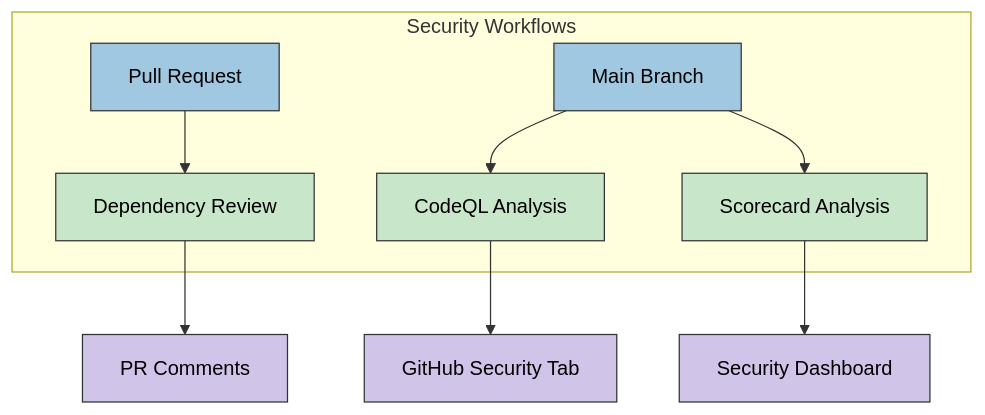
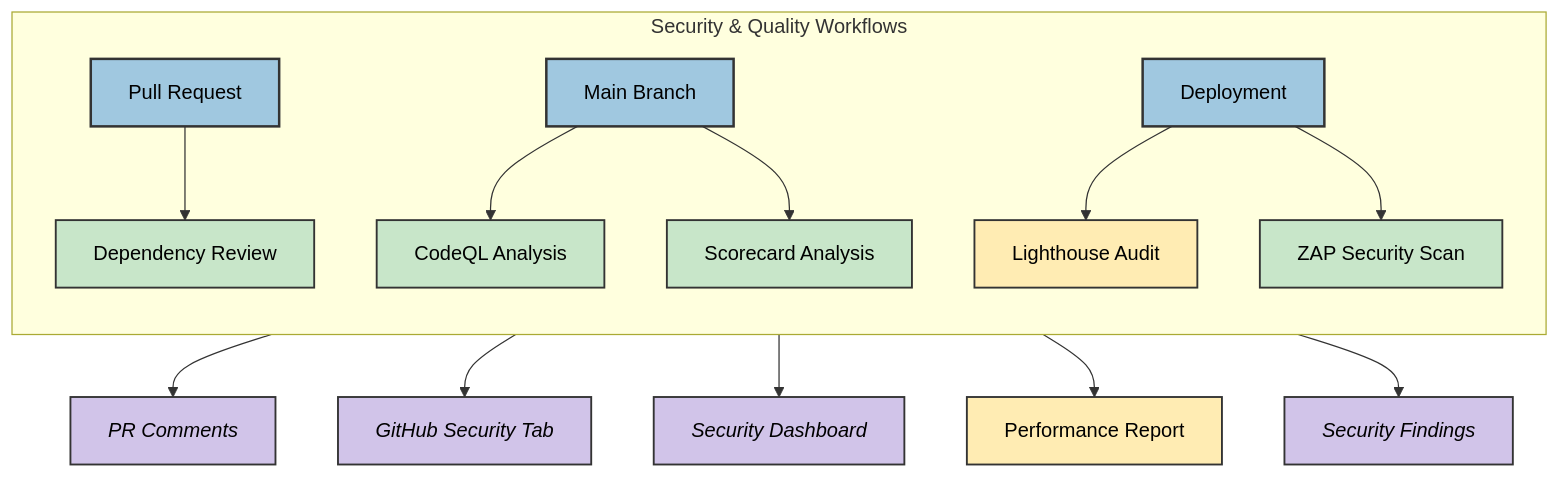
Before and after one commit to Hack23/cia-compliance-manager: the fifth of 6 diagrams in docs/architecture/WORKFLOWS.md, drawn with Mermaid. The commit also changed other lines of this file, not shown here.

````diff
--- a/docs/architecture/WORKFLOWS.md
+++ b/docs/architecture/WORKFLOWS.md
@@ -174,21 +188,28 @@
 ```mermaid
 flowchart TD
-    subgraph "Security Workflows"
+    subgraph "Security & Quality Workflows"
+        direction TB
         PR[Pull Request] --> DependencyReview[Dependency Review]
         Branch[Main Branch] --> CodeQL[CodeQL Analysis]
         Branch --> Scorecard[Scorecard Analysis]
+        Deploy[Deployment] --> Lighthouse[Lighthouse Audit]
+        Deploy --> ZAPScan[ZAP Security Scan]
     end
 
     DependencyReview --> Report1[PR Comments]
     CodeQL --> Report2[GitHub Security Tab]
     Scorecard --> Report3[Security Dashboard]
+    Lighthouse --> Report4[Performance Report]
+    ZAPScan --> Report5[Security Findings]
 
-    %% Cool color styling
-    classDef sourceNode fill:#a0c8e0,stroke:#333,stroke-width:1px,color:black
-    classDef scanNode fill:#c8e6c9,stroke:#333,stroke-width:1px,color:black
-    classDef reportNode fill:#d1c4e9,stroke:#333,stroke-width:1px,color:black
+    %% Enhanced styling with improved grouping
+    classDef sourceNode fill:#a0c8e0,stroke:#333,stroke-width:2px,color:black
+    classDef scanNode fill:#c8e6c9,stroke:#333,stroke-width:1.5px,color:black
+    classDef reportNode fill:#d1c4e9,stroke:#333,stroke-width:1.5px,color:black,font-style:italic
+    classDef auditNode fill:#ffecb3,stroke:#333,stroke-width:1.5px,color:black
 
-    class PR,Branch sourceNode
-    class DependencyReview,CodeQL,Scorecard scanNode
-    class Report1,Report2,Report3 reportNode
+    class PR,Branch,Deploy sourceNode
+    class DependencyReview,CodeQL,Scorecard,ZAPScan scanNode
+    class Report1,Report2,Report3,Report5 reportNode
+    class Lighthouse,Report4 auditNode
 ```
````
